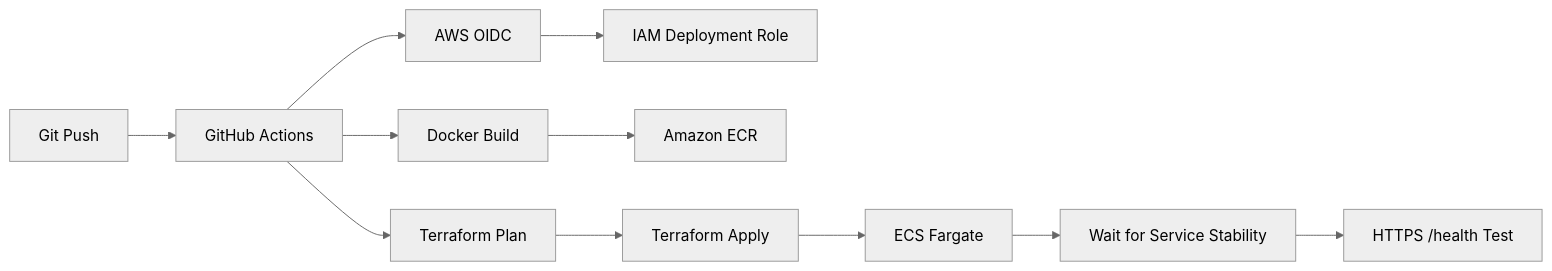
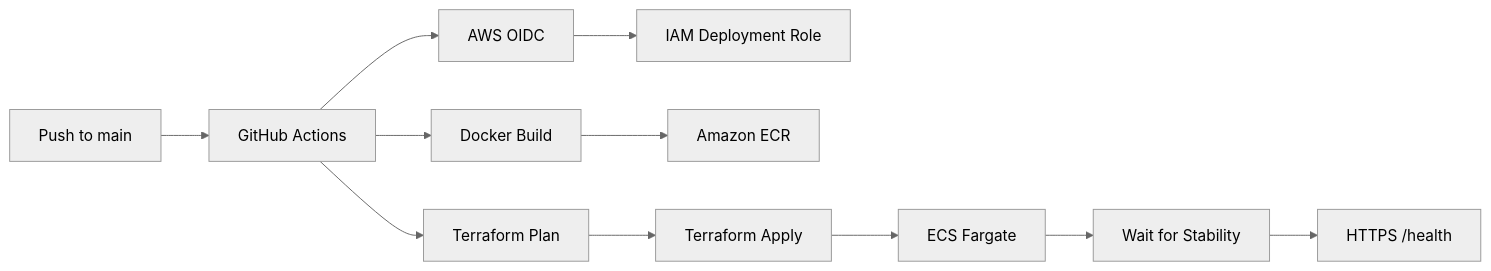
One commit to CloudRizz/it-tools-ecs-platform changed the second of 2 diagrams in README.md. Above: the diagram before and after it, drawn with Mermaid (neutral theme). The commit also changed other lines of this file and 1 other file, not shown here.

````diff
--- a/README.md
+++ b/README.md
@@ -789,13 +694,17 @@
 ```mermaid
 flowchart LR
-    DEV[Git Push] --> GH[GitHub Actions]
+
+    DEV[Push to main] --> GH[GitHub Actions]
     GH --> OIDC[AWS OIDC]
     OIDC --> IAM[IAM Deployment Role]
+
     GH --> BUILD[Docker Build]
     BUILD --> ECR[Amazon ECR]
+
     GH --> PLAN[Terraform Plan]
     PLAN --> APPLY[Terraform Apply]
+
     APPLY --> ECS[ECS Fargate]
-    ECS --> WAIT[Wait for Service Stability]
-    WAIT --> HEALTH[HTTPS /health Test]
+    ECS --> WAIT[Wait for Stability]
+    WAIT --> HEALTH[HTTPS /health]
 ```
````
